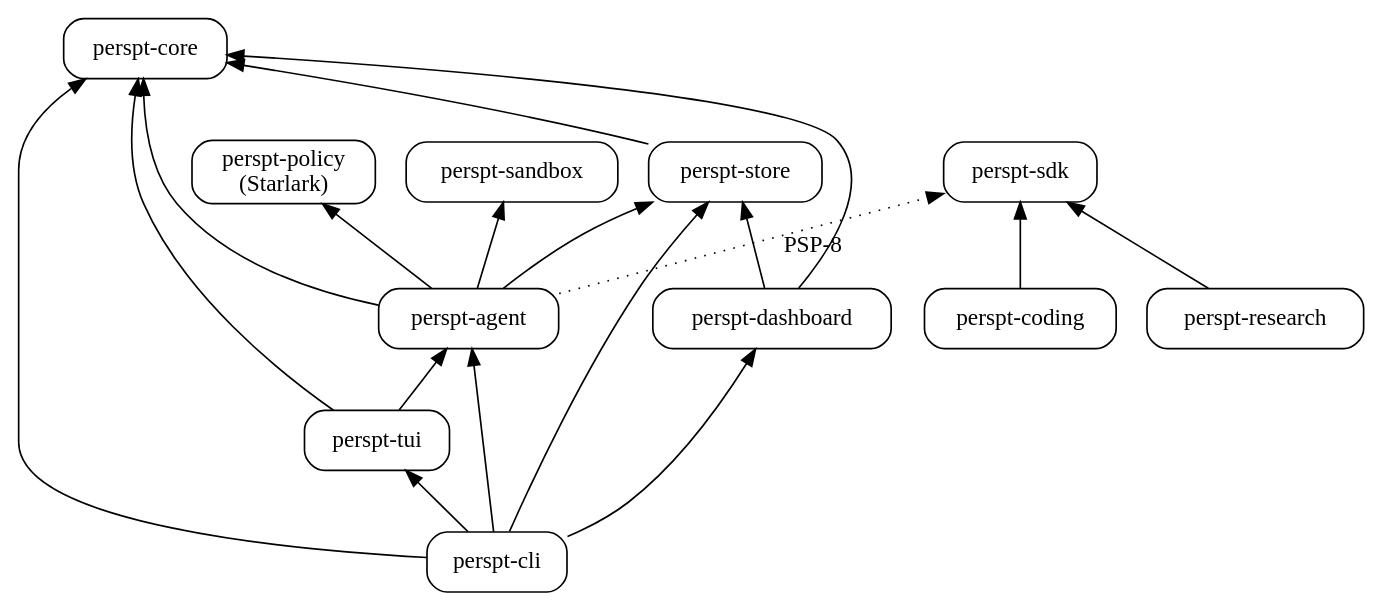
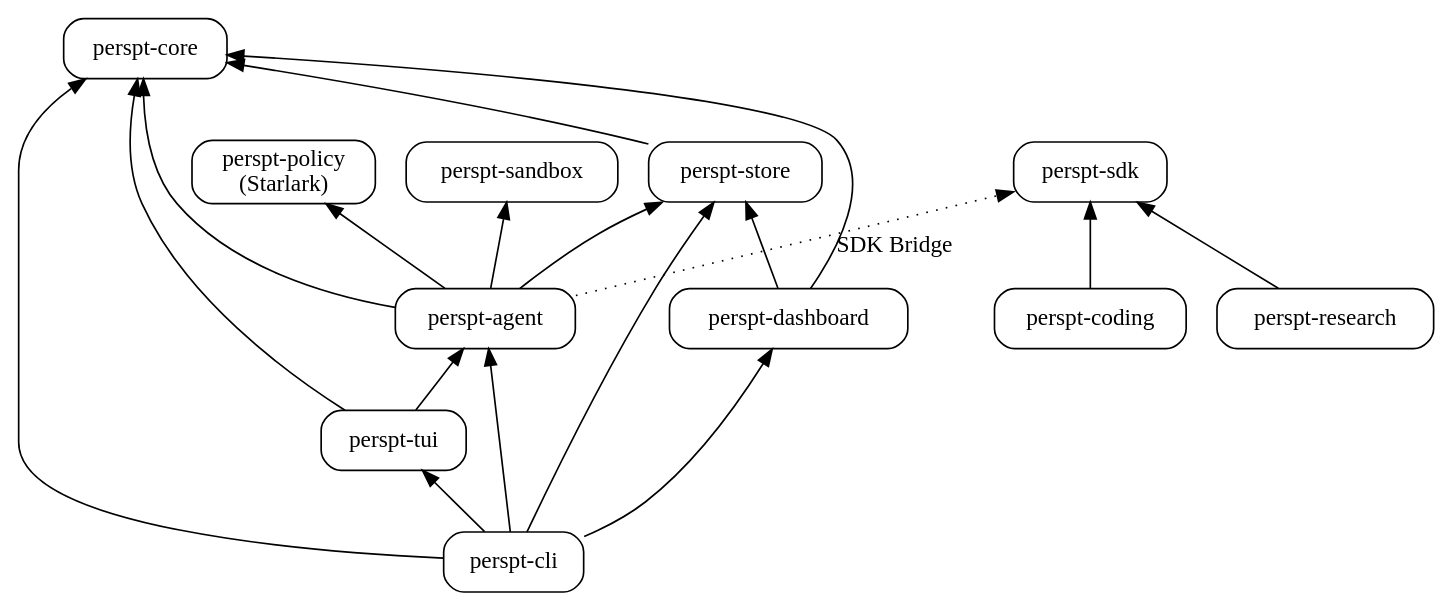
The diagram in docs/perspt_book/source/developer-guide/architecture.rst (eonseed/perspt), drawn with Graphviz before and after one commit. The commit also changed other lines of this file and 9 other files, not shown here.

```diff
--- a/docs/perspt_book/source/developer-guide/architecture.rst
+++ b/docs/perspt_book/source/developer-guide/architecture.rst
@@ -36,26 +36,26 @@
 .. graphviz::
    :align: center
 
    digraph crates {
        rankdir=BT;
        node [shape=box, style=rounded];
        "perspt-cli" -> "perspt-core";
        "perspt-cli" -> "perspt-agent";
        "perspt-cli" -> "perspt-tui";
        "perspt-cli" -> "perspt-store";
        "perspt-agent" -> "perspt-core";
        "perspt-agent" -> "perspt-store";
        "perspt-agent" -> "perspt-policy";
        "perspt-agent" -> "perspt-sandbox";
-       "perspt-agent" -> "perspt-sdk" [style=dotted, label="PSP-8"];
+       "perspt-agent" -> "perspt-sdk" [style=dotted, label="SDK Bridge"];
        "perspt-tui" -> "perspt-core";
        "perspt-tui" -> "perspt-agent";
        "perspt-store" -> "perspt-core";
        "perspt-policy" [label="perspt-policy\n(Starlark)"];
        "perspt-sandbox" [label="perspt-sandbox"];
        "perspt-coding" -> "perspt-sdk";
        "perspt-research" -> "perspt-sdk";
        "perspt-dashboard" -> "perspt-store";
        "perspt-dashboard" -> "perspt-core";
        "perspt-cli" -> "perspt-dashboard";
    }
```
